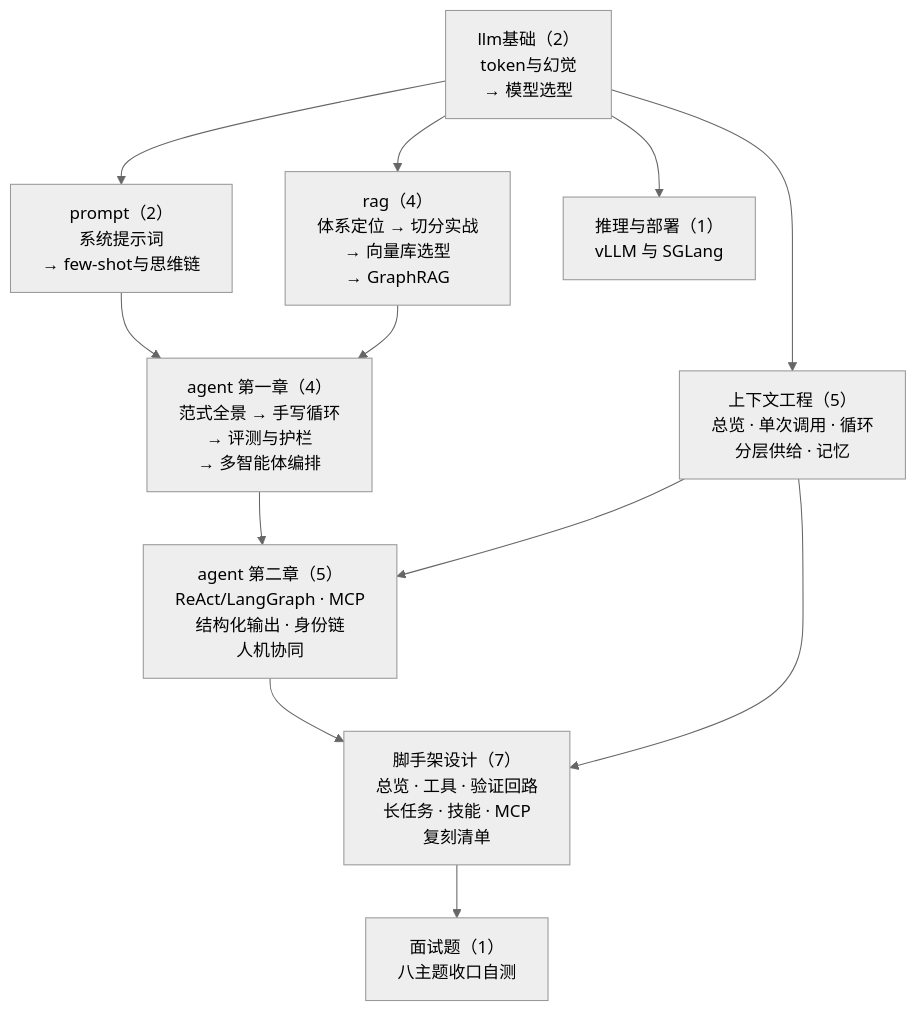
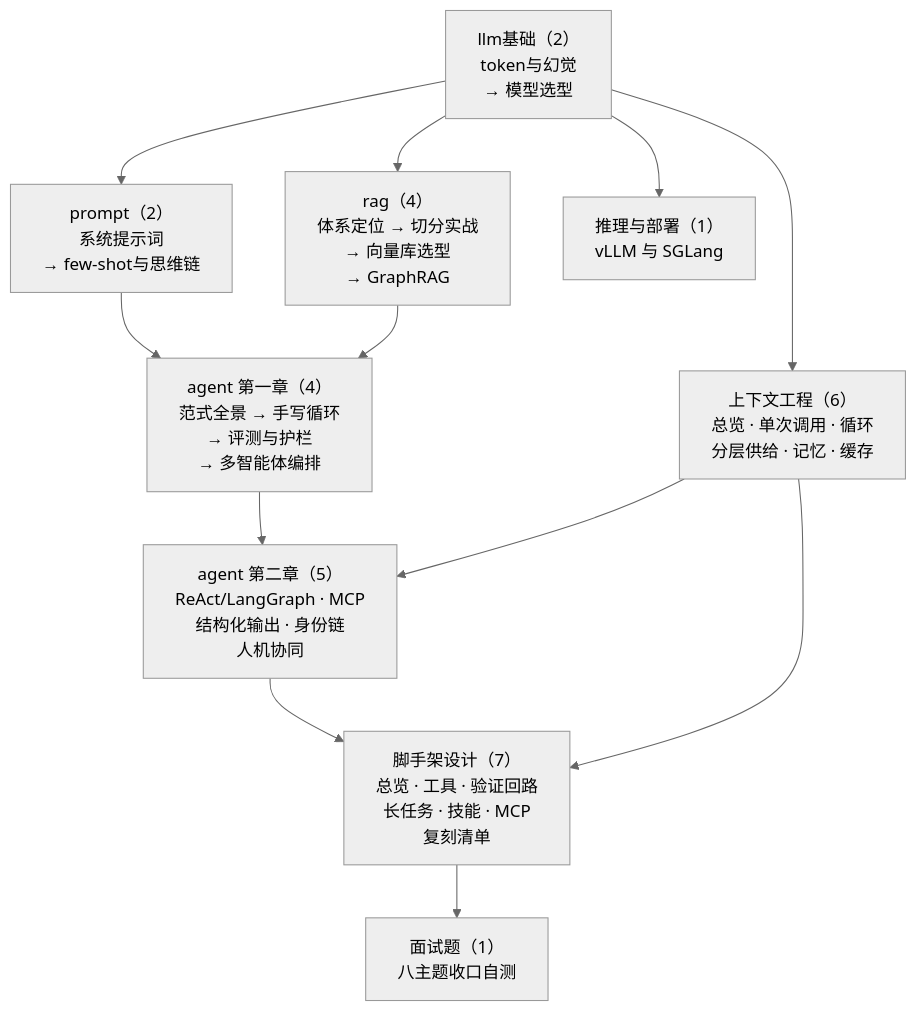
Before and after one commit to Mein-Augenstern/MUYI: the diagram in B-AI工程/README.md, drawn with Mermaid (neutral theme). The commit also changed other lines of this file and 8 other files, not shown here.

````diff
--- a/B-AI工程/README.md
+++ b/B-AI工程/README.md
@@ -9,23 +9,23 @@
 ```mermaid
 flowchart TD
     L["llm基础（2）<br/>token与幻觉<br/>→ 模型选型"]
     P["prompt（2）<br/>系统提示词<br/>→ few-shot与思维链"]
     R["rag（4）<br/>体系定位 → 切分实战<br/>→ 向量库选型<br/>→ GraphRAG"]
-    C["上下文工程（5）<br/>总览 · 单次调用 · 循环<br/>分层供给 · 记忆"]
+    C["上下文工程（6）<br/>总览 · 单次调用 · 循环<br/>分层供给 · 记忆 · 缓存"]
     A1["agent 第一章（4）<br/>范式全景 → 手写循环<br/>→ 评测与护栏<br/>→ 多智能体编排"]
     A2["agent 第二章（5）<br/>ReAct/LangGraph · MCP<br/>结构化输出 · 身份链<br/>人机协同"]
     H["脚手架设计（7）<br/>总览 · 工具 · 验证回路<br/>长任务 · 技能 · MCP<br/>复刻清单"]
     INF["推理与部署（1）<br/>vLLM 与 SGLang"]
     IT["面试题（1）<br/>八主题收口自测"]
     L --> P
     L --> R
     P --> A1
     R --> A1
     L --> C
     A1 --> A2
     C --> A2
     A2 --> H
     C --> H
     H --> IT
     L --> INF
 ```
````
